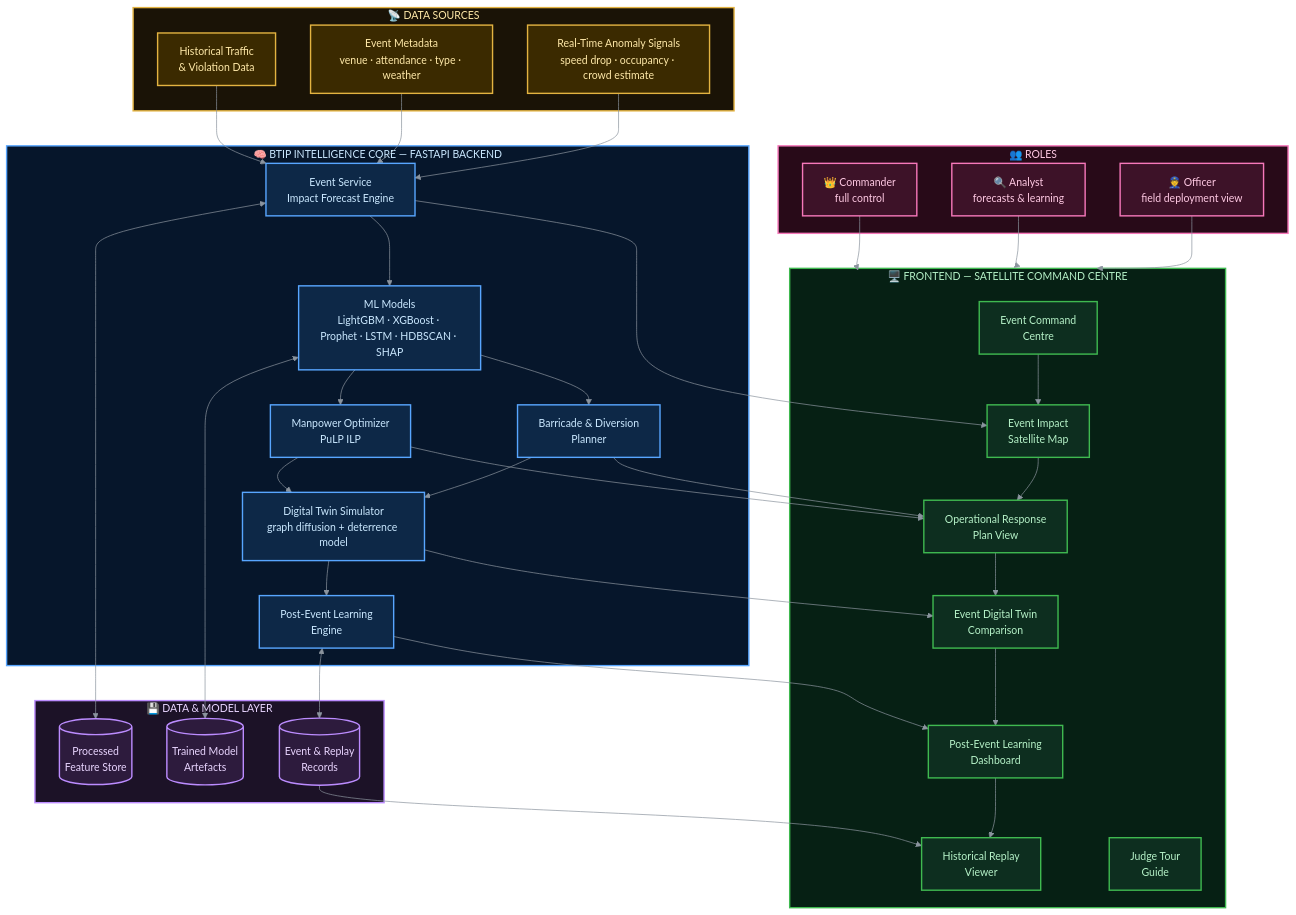
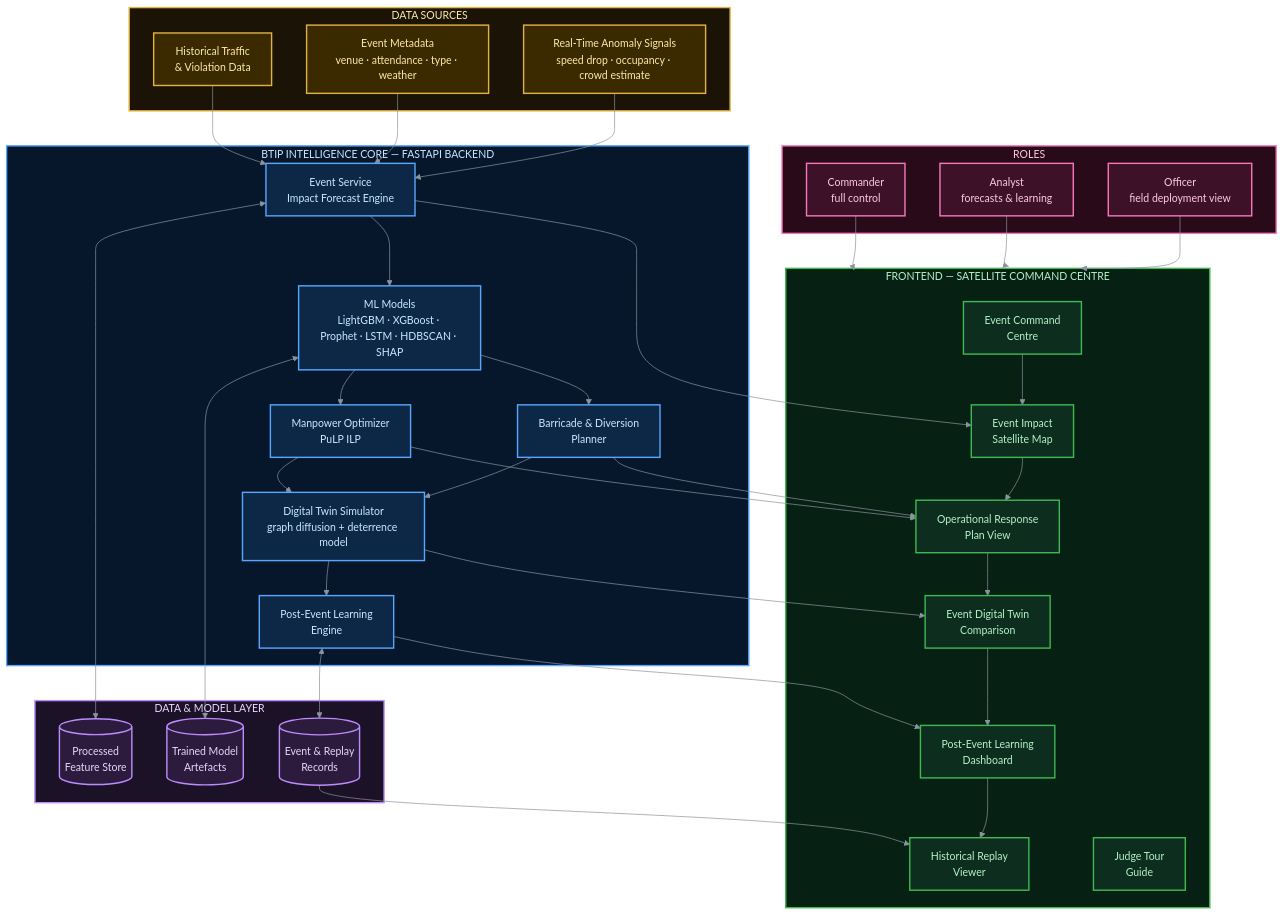
Before and after one commit to shreyanshu2005/Gridlock_HACKEARTH: the diagram in BTIP_EventDriven_Congestion_FullStack_JudgeTour/README.md, drawn with Mermaid. The commit also changed other lines of this file, not shown here.

```diff
--- a/BTIP_EventDriven_Congestion_FullStack_JudgeTour/README.md
+++ b/BTIP_EventDriven_Congestion_FullStack_JudgeTour/README.md
@@ -192,13 +192,13 @@
   'fontSize':'15px'
 }}}%%
 flowchart TB
-    subgraph SRC["📡 DATA SOURCES"]
+    subgraph SRC[" DATA SOURCES"]
         A1["Historical Traffic<br/>& Violation Data"]
         A2["Event Metadata<br/>venue · attendance · type · weather"]
         A3["Real-Time Anomaly Signals<br/>speed drop · occupancy · crowd estimate"]
     end
 
-    subgraph CORE["🧠 BTIP INTELLIGENCE CORE — FASTAPI BACKEND"]
+    subgraph CORE[" BTIP INTELLIGENCE CORE — FASTAPI BACKEND"]
         B1["Event Service<br/>Impact Forecast Engine"]
         B2["ML Models<br/>LightGBM · XGBoost · Prophet · LSTM · HDBSCAN · SHAP"]
         B3["Manpower Optimizer<br/>PuLP ILP"]
@@ -207,13 +207,13 @@
         B6["Post-Event Learning<br/>Engine"]
     end
 
-    subgraph STORE["💾 DATA & MODEL LAYER"]
+    subgraph STORE[" DATA & MODEL LAYER"]
         C1[("Processed<br/>Feature Store")]
         C2[("Trained Model<br/>Artefacts")]
         C3[("Event & Replay<br/>Records")]
     end
 
-    subgraph UI["🖥️ FRONTEND — SATELLITE COMMAND CENTRE"]
+    subgraph UI[" FRONTEND — SATELLITE COMMAND CENTRE"]
         D1["Event Command<br/>Centre"]
         D2["Event Impact<br/>Satellite Map"]
         D3["Operational Response<br/>Plan View"]
@@ -223,10 +223,10 @@
         D7["Judge Tour<br/>Guide"]
     end
 
-    subgraph USERS["👥 ROLES"]
-        E1["👑 Commander<br/>full control"]
-        E2["🔍 Analyst<br/>forecasts & learning"]
-        E3["👮 Officer<br/>field deployment view"]
+    subgraph USERS[" ROLES"]
+        E1[" Commander<br/>full control"]
+        E2[" Analyst<br/>forecasts & learning"]
+        E3[" Officer<br/>field deployment view"]
     end
 
     A1 --> B1
```
